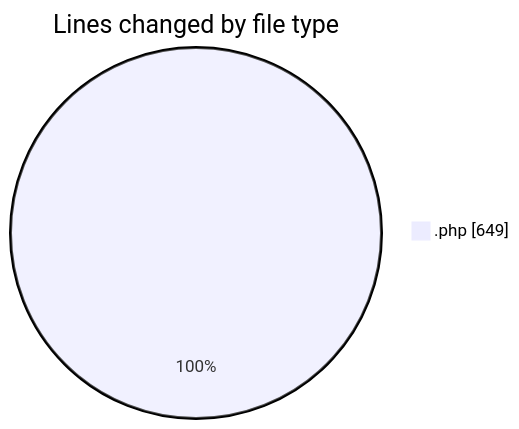
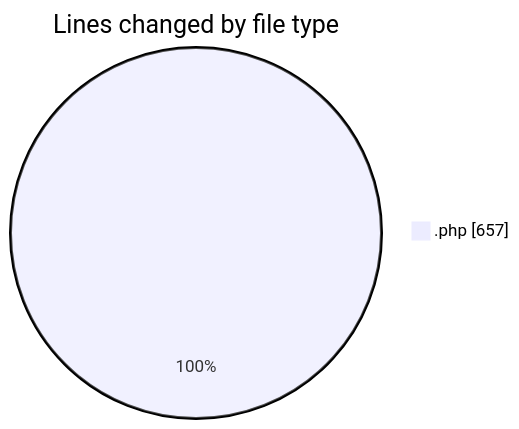
One commit to debugP/code-tracking changed the first of 2 diagrams in 2025-10-14/untitled__workspace_/README.md. Above: the diagram before and after it, drawn with Mermaid. The commit also changed other lines of this file and 1 other file, not shown here.

````diff
--- a/2025-10-14/untitled__workspace_/README.md
+++ b/2025-10-14/untitled__workspace_/README.md
@@ -20,5 +20,5 @@
 ```mermaid
 pie showData
 title Lines changed by file type
-".php" : 649
+".php" : 657
 ```
````
